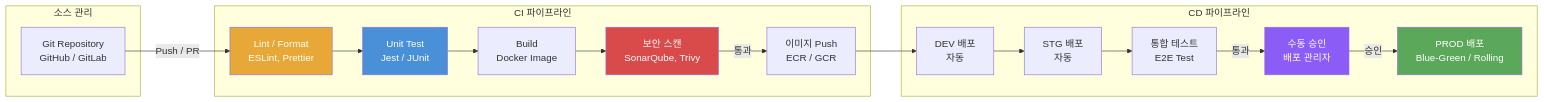
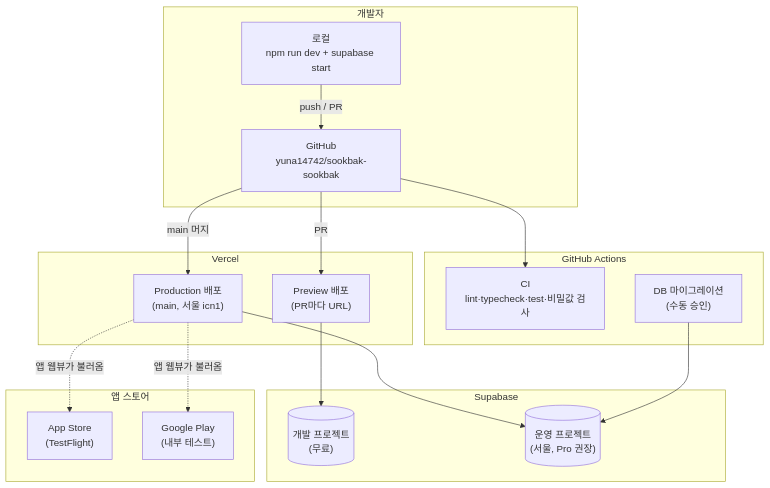
The fourth of 6 diagrams in waterfall/02-시스템설계/시스템아키텍처설계서-SAD.md (yuna14742/sookbak-sookbak), drawn with Mermaid before and after one commit. The commit also changed other lines of this file and 2 other files, not shown here.

````diff
--- a/waterfall/02-시스템설계/시스템아키텍처설계서-SAD.md
+++ b/waterfall/02-시스템설계/시스템아키텍처설계서-SAD.md
@@ -432,39 +427,37 @@
 ```mermaid
-flowchart LR
-    subgraph "소스 관리"
-        GIT[Git Repository<br/>GitHub / GitLab]
+graph TB
+    subgraph "개발자"
+        DEV["로컬<br/>npm run dev + supabase start"]
+        GH["GitHub<br/>yuna14742/sookbak-sookbak"]
     end
 
-    subgraph "CI 파이프라인"
-        LINT[Lint / Format<br/>ESLint, Prettier]
-        TEST[Unit Test<br/>Jest / JUnit]
-        BUILD[Build<br/>Docker Image]
-        SCAN[보안 스캔<br/>SonarQube, Trivy]
-        PUSH[이미지 Push<br/>ECR / GCR]
+    subgraph "GitHub Actions"
+        CI["CI<br/>lint·typecheck·test·비밀값 검사"]
+        MIG["DB 마이그레이션<br/>(수동 승인)"]
     end
 
-    subgraph "CD 파이프라인"
-        DEV_DEPLOY[DEV 배포<br/>자동]
-        STG_DEPLOY[STG 배포<br/>자동]
-        INT_TEST[통합 테스트<br/>E2E Test]
-        APPROVAL[수동 승인<br/>배포 관리자]
-        PROD_DEPLOY[PROD 배포<br/>Blue-Green / Rolling]
+    subgraph "Vercel"
+        PREV["Preview 배포<br/>(PR마다 URL)"]
+        PROD["Production 배포<br/>(main, 서울 icn1)"]
     end
 
-    GIT -->|Push / PR| LINT
-    LINT --> TEST
-    TEST --> BUILD
-    BUILD --> SCAN
-    SCAN -->|통과| PUSH
-    PUSH --> DEV_DEPLOY
-    DEV_DEPLOY --> STG_DEPLOY
-    STG_DEPLOY --> INT_TEST
-    INT_TEST -->|통과| APPROVAL
-    APPROVAL -->|승인| PROD_DEPLOY
+    subgraph "Supabase"
+        SBDEV[("개발 프로젝트<br/>(무료)")]
+        SBPROD[("운영 프로젝트<br/>(서울, Pro 권장)")]
+    end
 
-    style LINT fill:#E8A838,color:#fff
-    style TEST fill:#4A90D9,color:#fff
-    style SCAN fill:#D94A4A,color:#fff
-    style APPROVAL fill:#8B5CF6,color:#fff
-    style PROD_DEPLOY fill:#5BA85B,color:#fff
+    subgraph "앱 스토어"
+        IOS["App Store<br/>(TestFlight)"]
+        AND["Google Play<br/>(내부 테스트)"]
+    end
+
+    DEV -->|push / PR| GH
+    GH --> CI
+    GH -->|PR| PREV
+    GH -->|main 머지| PROD
+    PREV --> SBDEV
+    PROD --> SBPROD
+    MIG --> SBPROD
+    PROD -.->|앱 웹뷰가 불러옴| IOS
+    PROD -.->|앱 웹뷰가 불러옴| AND
 ```
````
